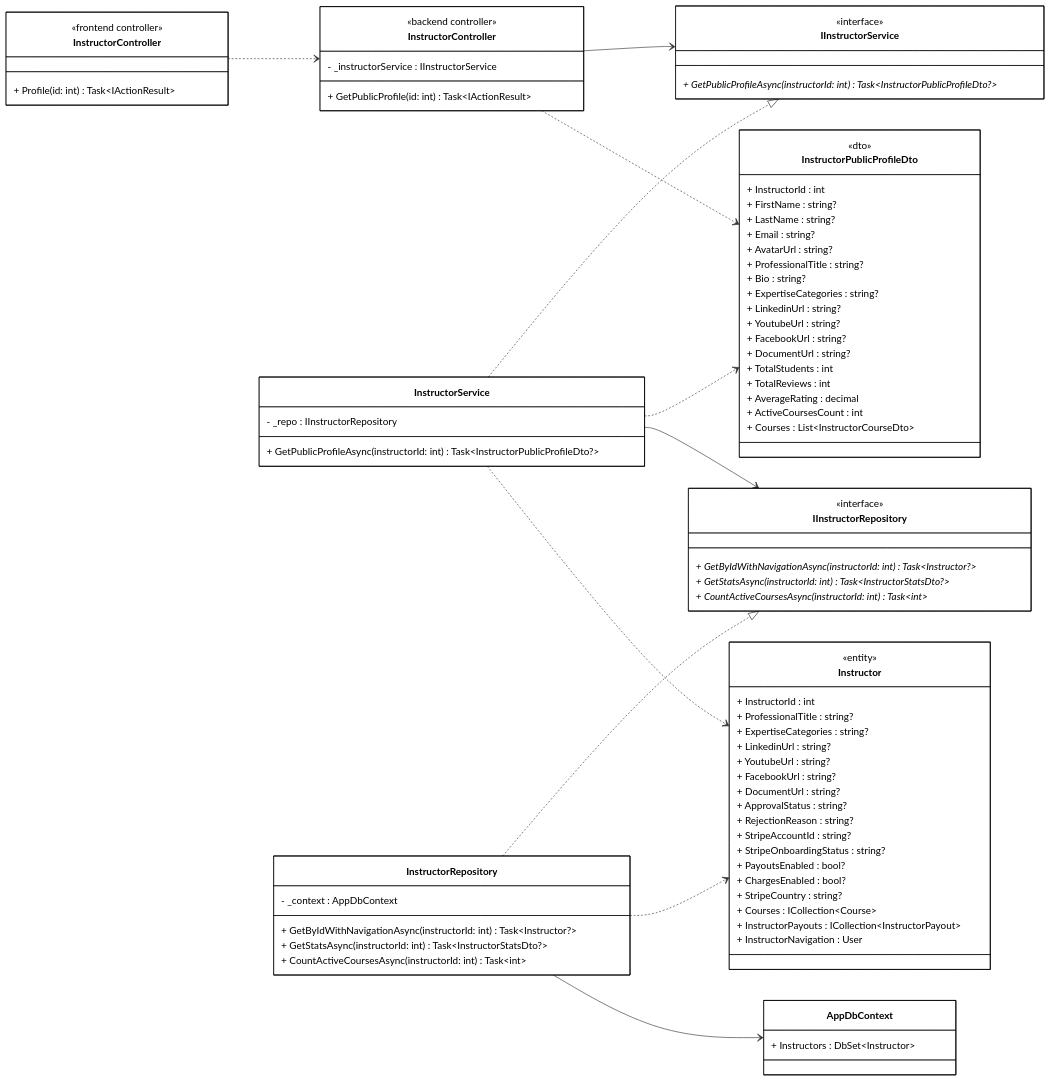
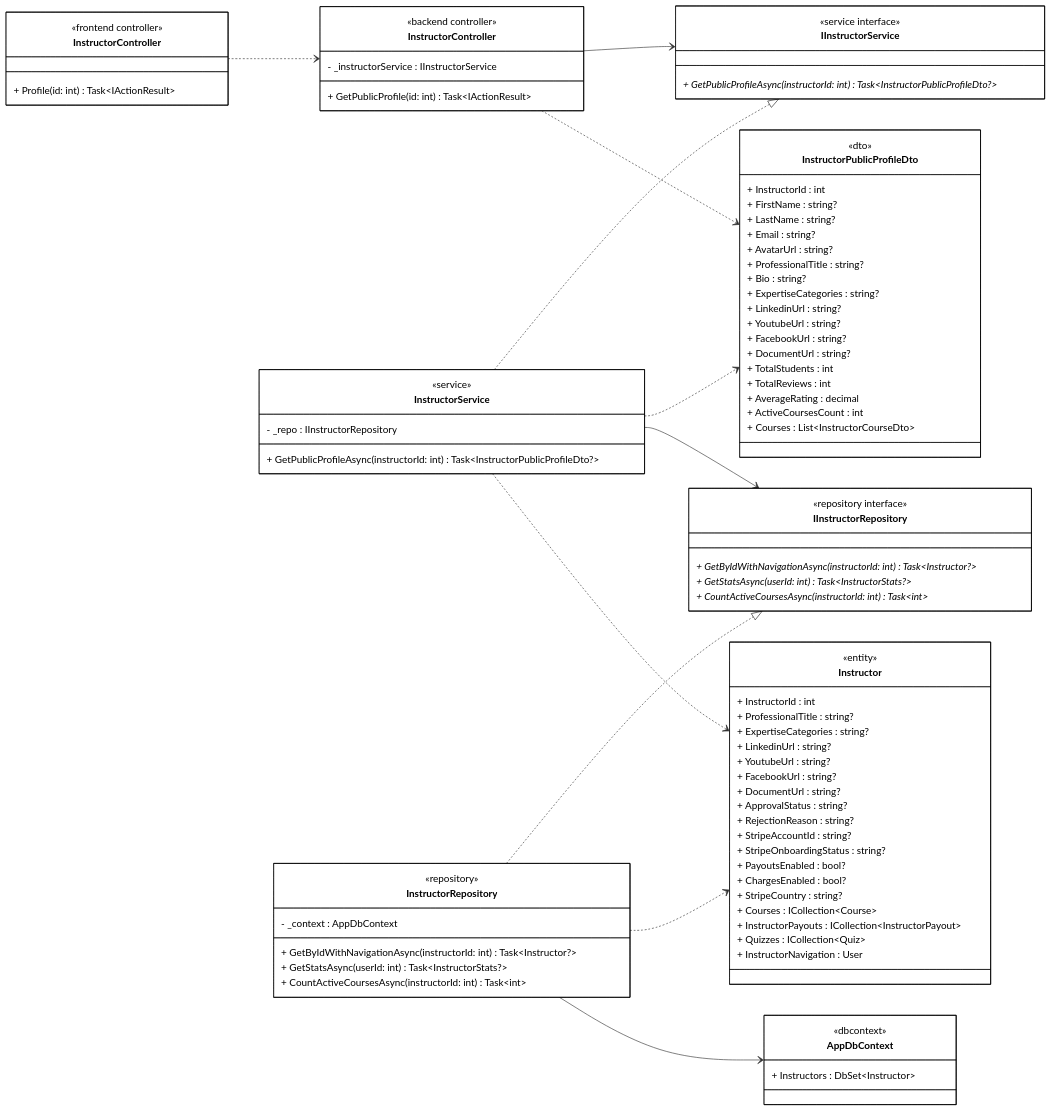
The diagram in diagrams/class_mermaid/user_course/cls_mm_view_instructor_profile.mmd (1000do/Linked), drawn with Mermaid before and after one commit. The commit also changed 95 other files, not shown here.

Commit message:
feat: add comprehensive system architecture diagrams for user, instructor, and admin modules

```diff
--- a/diagrams/class_mermaid/user_course/cls_mm_view_instructor_profile.mmd
+++ b/diagrams/class_mermaid/user_course/cls_mm_view_instructor_profile.mmd
@@ -1,124 +1,128 @@
 classDiagram
 direction LR
 
 %% ==================== FRONTEND ====================
 
 class InstructorControllerFE["InstructorController"] {
     <<frontend controller>>
     + Profile(id: int) Task~IActionResult~
 }
 
 %% ==================== BACKEND - CONTROLLER ====================
 
 class InstructorControllerBE["InstructorController"] {
     <<backend controller>>
     - _instructorService : IInstructorService
     
     + GetPublicProfile(id: int) Task~IActionResult~
 }
 
 %% ==================== BACKEND - DTOs ====================
 
 class InstructorPublicProfileDto {
     <<dto>>
     + InstructorId : int
     + FirstName : string?
     + LastName : string?
     + Email : string?
     + AvatarUrl : string?
     + ProfessionalTitle : string?
     + Bio : string?
     + ExpertiseCategories : string?
     + LinkedinUrl : string?
     + YoutubeUrl : string?
     + FacebookUrl : string?
     + DocumentUrl : string?
     + TotalStudents : int
     + TotalReviews : int
     + AverageRating : decimal
     + ActiveCoursesCount : int
     + Courses : List~InstructorCourseDto~
 }
 
 %% ==================== BACKEND - DOMAIN ENTITIES ====================
 
 class Instructor {
     <<entity>>
     + InstructorId : int
     + ProfessionalTitle : string?
     + ExpertiseCategories : string?
     + LinkedinUrl : string?
     + YoutubeUrl : string?
     + FacebookUrl : string?
     + DocumentUrl : string?
     + ApprovalStatus : string?
     + RejectionReason : string?
     + StripeAccountId : string?
     + StripeOnboardingStatus : string?
     + PayoutsEnabled : bool?
     + ChargesEnabled : bool?
     + StripeCountry : string?
     + Courses : ICollection~Course~
     + InstructorPayouts : ICollection~InstructorPayout~
+    + Quizzes : ICollection~Quiz~
     + InstructorNavigation : User
 }
 
 %% ==================== BACKEND - SERVICE INTERFACES ====================
 
 class IInstructorService {
-    <<interface>>
+    <<service interface>>
     + GetPublicProfileAsync(instructorId: int) Task~InstructorPublicProfileDto?~ *
 }
 
 class IInstructorRepository {
-    <<interface>>
+    <<repository interface>>
     + GetByIdWithNavigationAsync(instructorId: int) Task~Instructor?~ *
-    + GetStatsAsync(instructorId: int) Task~InstructorStatsDto?~ *
+    + GetStatsAsync(userId: int) Task~InstructorStats?~ *
     + CountActiveCoursesAsync(instructorId: int) Task~int~ *
 }
 
 %% ==================== BACKEND - SERVICE IMPLEMENTATION ====================
 
 class InstructorService {
+    <<service>>
     - _repo : IInstructorRepository
     
     + GetPublicProfileAsync(instructorId: int) Task~InstructorPublicProfileDto?~
 }
 
 %% ==================== BACKEND - REPOSITORY IMPLEMENTATION ====================
 
 class InstructorRepository {
+    <<repository>>
     - _context : AppDbContext
     
     + GetByIdWithNavigationAsync(instructorId: int) Task~Instructor?~
-    + GetStatsAsync(instructorId: int) Task~InstructorStatsDto?~
+    + GetStatsAsync(userId: int) Task~InstructorStats?~
     + CountActiveCoursesAsync(instructorId: int) Task~int~
 }
 
 %% ==================== BACKEND - DbContext ====================
 
 class AppDbContext {
+    <<dbcontext>>
     + Instructors : DbSet~Instructor~
 }
 
 %% ==================== RELATIONSHIPS ====================
 
 %% === UNIDIRECTIONAL ASSOCIATION ===
 InstructorControllerBE --> IInstructorService
 InstructorService --> IInstructorRepository
 InstructorRepository --> AppDbContext
 
 %% === INTERFACE REALIZATION ===
 InstructorService ..|> IInstructorService
 InstructorRepository ..|> IInstructorRepository
 
 %% === DEPENDENCY ===
 InstructorControllerFE ..> InstructorControllerBE
 InstructorControllerBE ..> InstructorPublicProfileDto
 InstructorService ..> InstructorPublicProfileDto
 InstructorService ..> Instructor
 InstructorRepository ..> Instructor
 
 %% ==================== STYLES ====================
 
 classDef default fill:#FFFFFF,stroke:#000000,stroke-width:1px,color:#000000
```
